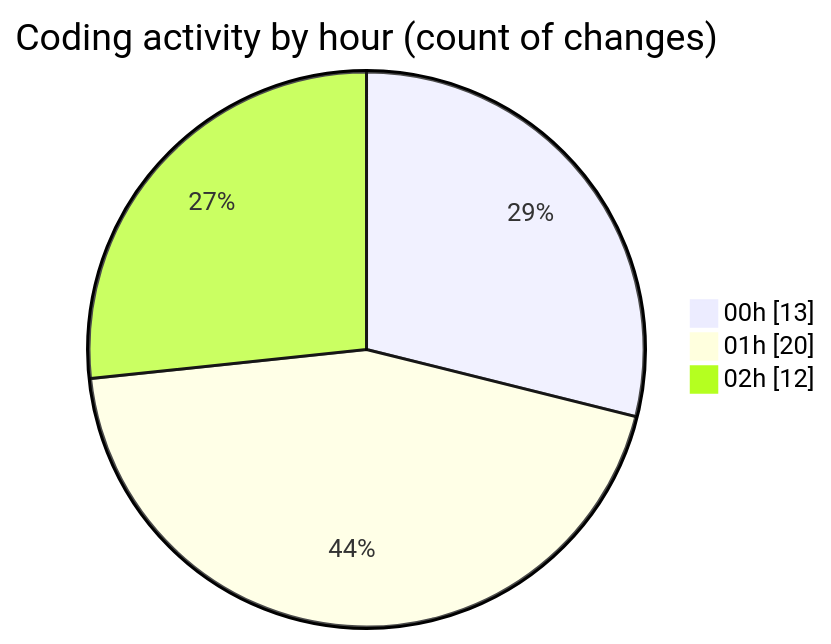
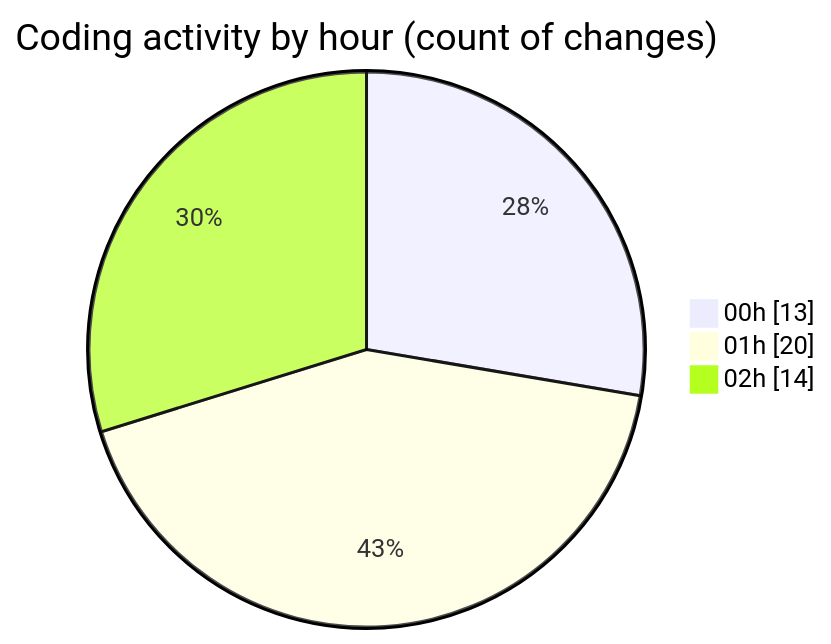
One commit to lephambinh05/code-tracking changed the second of 2 diagrams in 2025-09-09/hiai-phf/README.md. Above: the diagram before and after it, drawn with Mermaid. The commit also changed other lines of this file and 1 other file, not shown here.

````diff
--- a/2025-09-09/hiai-phf/README.md
+++ b/2025-09-09/hiai-phf/README.md
@@ -46,7 +46,7 @@
 ```mermaid
 pie showData
 title Coding activity by hour (count of changes)
 "00h" : 13
 "01h" : 20
-"02h" : 12
+"02h" : 14
 ```
````
